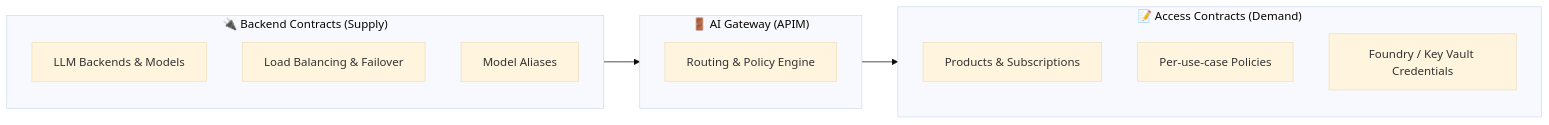
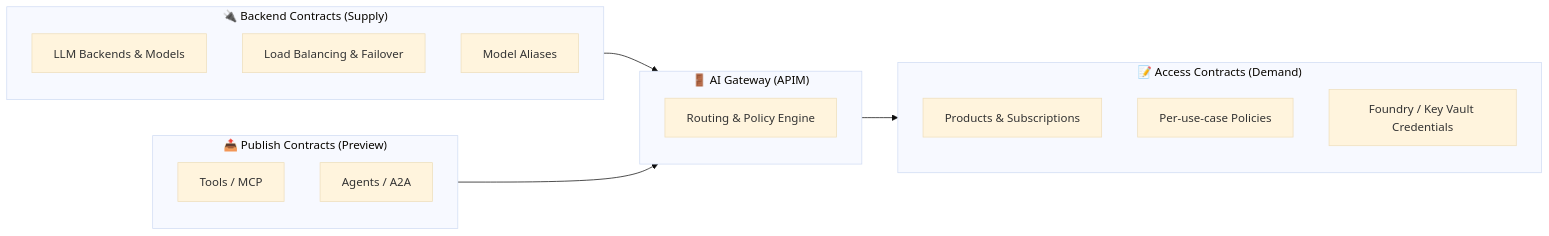
The diagram in README.md (TheTechOddBug/ai-hub-gateway-solution-accelerator), drawn with Mermaid (base theme) before and after one commit. The commit also changed other lines of this file and 4 other files, not shown here.

````diff
--- a/README.md
+++ b/README.md
@@ -209,17 +210,23 @@
 ```mermaid
 flowchart LR
     subgraph Supply["🔌 Backend Contracts (Supply)"]
         B1[LLM Backends & Models]
         B2[Load Balancing & Failover]
         B3[Model Aliases]
+    end
+    subgraph Publishing["📤 Publish Contracts (Preview)"]
+        P1[Tools / MCP]
+        P2[Agents / A2A]
     end
     subgraph Gateway["🚪 AI Gateway (APIM)"]
         G1[Routing & Policy Engine]
     end
     subgraph Demand["📝 Access Contracts (Demand)"]
         A1[Products & Subscriptions]
         A2[Per-use-case Policies]
         A3[Foundry / Key Vault Credentials]
     end
-    Supply --> Gateway --> Demand
+    Supply --> Gateway
+    Publishing --> Gateway
+    Gateway --> Demand
 ```
````
